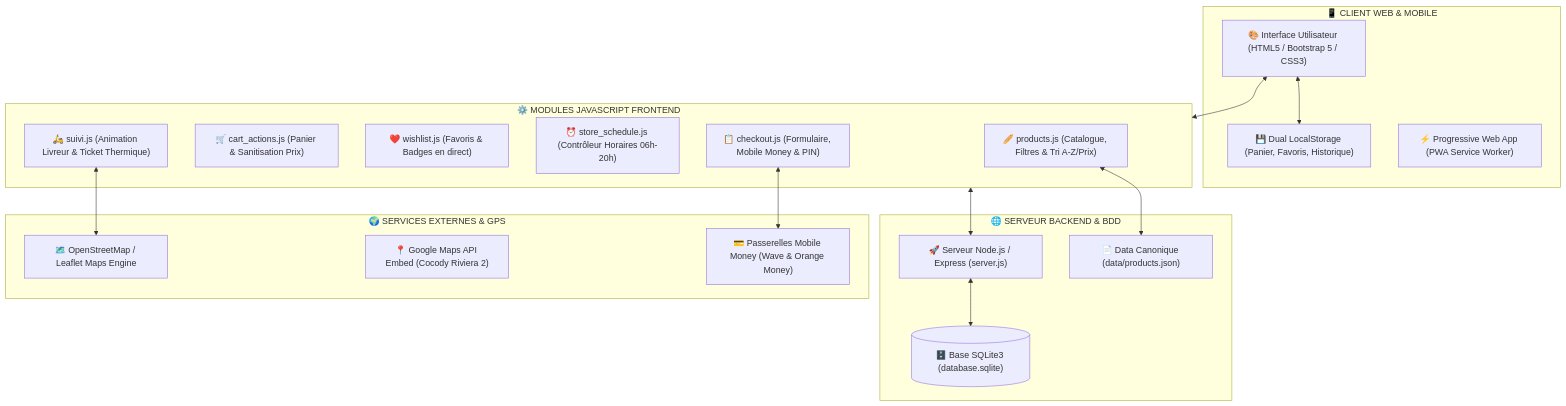
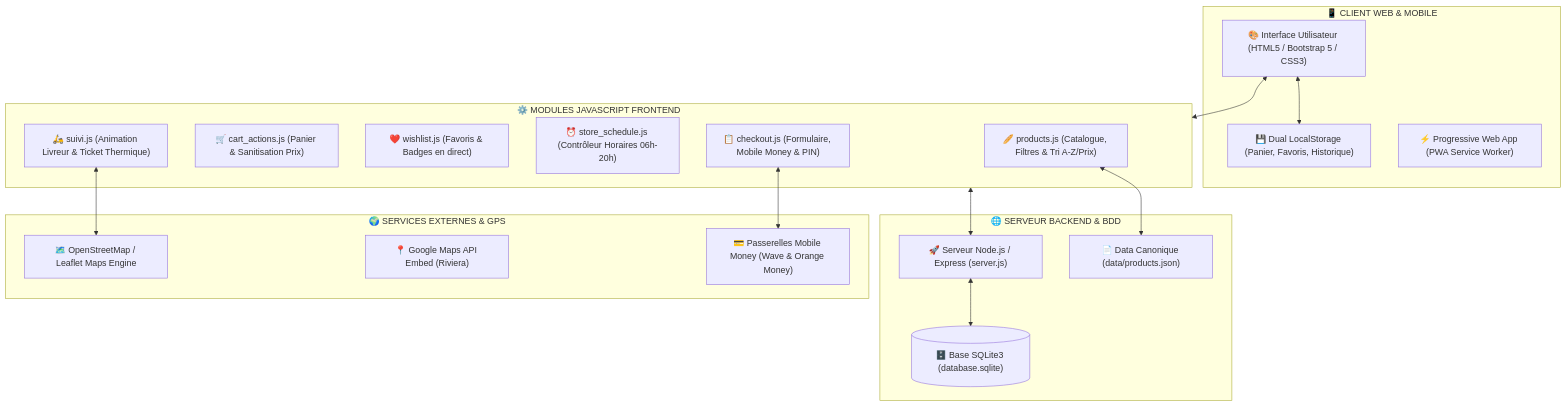
One commit to Christ-Hub-pixel/Boulangerie-de-BABI-main changed the first of 3 diagrams in Boulangerie-de-BABI-main/ARCHITECTURE.md. Above: the diagram before and after it, drawn with Mermaid. The commit also changed other lines of this file and 45 other files, not shown here.

````diff
--- a/Boulangerie-de-BABI-main/ARCHITECTURE.md
+++ b/Boulangerie-de-BABI-main/ARCHITECTURE.md
@@ -27,37 +27,37 @@
 ```mermaid
 flowchart TB
     subgraph CLIENT["📱 CLIENT WEB & MOBILE"]
         UI["🎨 Interface Utilisateur (HTML5 / Bootstrap 5 / CSS3)"]
         STORE["💾 Dual LocalStorage (Panier, Favoris, Historique)"]
         SW["⚡ Progressive Web App (PWA Service Worker)"]
     end
 
     subgraph LOGIC["⚙️ MODULES JAVASCRIPT FRONTEND"]
         PRODUCTS["🥖 products.js (Catalogue, Filtres & Tri A-Z/Prix)"]
         CART["🛒 cart_actions.js (Panier & Sanitisation Prix)"]
         WISHLIST["❤️ wishlist.js (Favoris & Badges en direct)"]
         SCHEDULE["⏰ store_schedule.js (Contrôleur Horaires 06h-20h)"]
         GPS_TRACK["🛵 suivi.js (Animation Livreur & Ticket Thermique)"]
         CHECKOUT_JS["📋 checkout.js (Formulaire, Mobile Money & PIN)"]
     end
 
     subgraph BACKEND["🌐 SERVEUR BACKEND & BDD"]
         EXPRESS["🚀 Serveur Node.js / Express (server.js)"]
         SQLITE[("🗄️ Base SQLite3 (database.sqlite)")]
         JSON_DB["📄 Data Canonique (data/products.json)"]
     end
 
     subgraph EXTERNAL["🌍 SERVICES EXTERNES & GPS"]
         OSM["🗺️ OpenStreetMap / Leaflet Maps Engine"]
-        GMAPS["📍 Google Maps API Embed (Cocody Riviera 2)"]
+        GMAPS["📍 Google Maps API Embed (Riviera)"]
         MOMO["💳 Passerelles Mobile Money (Wave & Orange Money)"]
     end
 
     UI <--> STORE
     UI <--> LOGIC
     PRODUCTS <--> JSON_DB
     CHECKOUT_JS <--> MOMO
     GPS_TRACK <--> OSM
     EXPRESS <--> SQLITE
     LOGIC <--> EXPRESS
 ```
````
